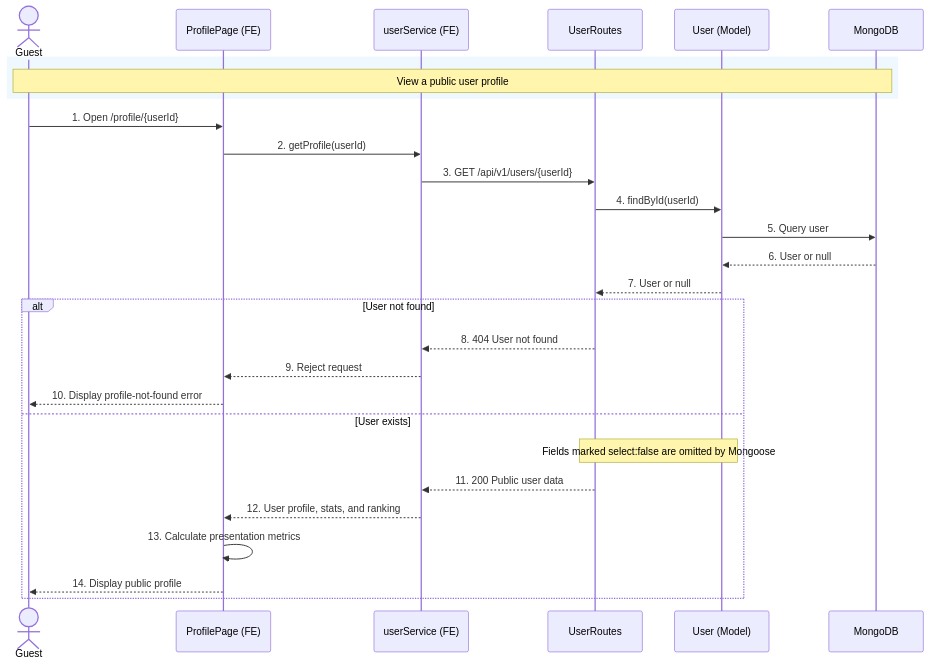
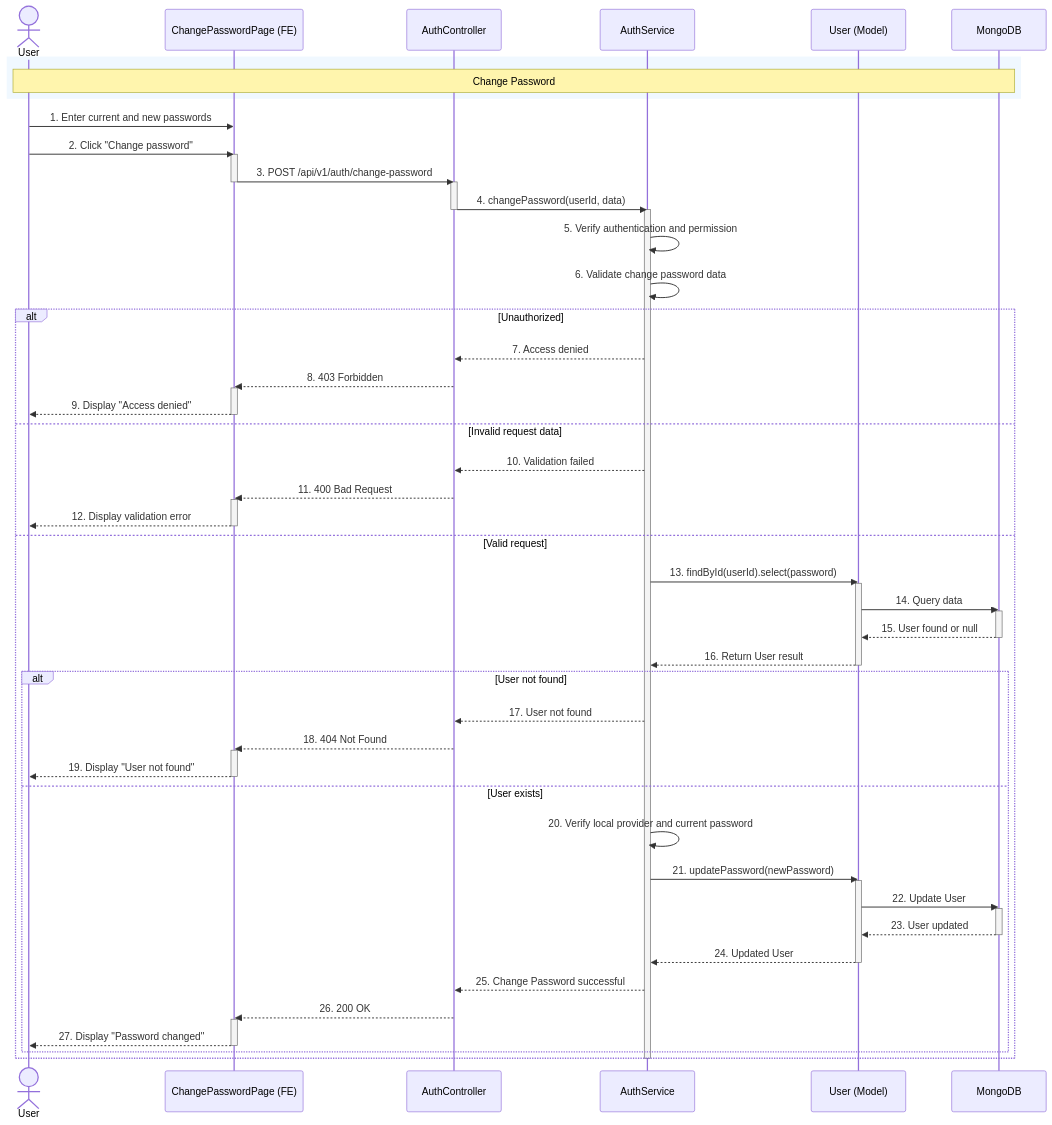
Before and after one commit to SUMMER2026SE/wdp301-rbl-project-wdp_se18d08_group-5: diagram 14 of 60 in docs/19_Detailed_Design.md, drawn with Mermaid. The commit also changed other lines of this file, not shown here.

````diff
--- a/docs/19_Detailed_Design.md
+++ b/docs/19_Detailed_Design.md
@@ -812,33 +975,79 @@
 ```mermaid
 sequenceDiagram
-    actor Guest
-    participant FE as ProfilePage (FE)
-    participant Api as userService (FE)
-    participant Route as UserRoutes
+    actor A as User
+    participant FE as ChangePasswordPage (FE)
+    participant Ctrl as AuthController
+    participant Svc as AuthService
     participant Model as User (Model)
     participant DB as MongoDB
 
     rect rgb(240,248,255)
-        Note over Guest,DB: View a public user profile
+        Note over A,DB: Change Password
     end
 
-    Guest->>FE: 1. Open /profile/{userId}
-    FE->>Api: 2. getProfile(userId)
-    Api->>Route: 3. GET /api/v1/users/{userId}
-    Route->>Model: 4. findById(userId)
-    Model->>DB: 5. Query user
-    DB-->>Model: 6. User or null
-    Model-->>Route: 7. User or null
+    A->>FE: 1. Enter current and new passwords
+    A->>FE: 2. Click "Change password"
 
-    alt User not found
-        Route-->>Api: 8. 404 User not found
-        Api-->>FE: 9. Reject request
-        FE-->>Guest: 10. Display profile-not-found error
-    else User exists
-        Note over Model,Route: Fields marked select:false are omitted by Mongoose
-        Route-->>Api: 11. 200 Public user data
-        Api-->>FE: 12. User profile, stats, and ranking
-        FE->>FE: 13. Calculate presentation metrics
-        FE-->>Guest: 14. Display public profile
+    activate FE
+    FE->>Ctrl: 3. POST /api/v1/auth/change-password
+    deactivate FE
+
+    activate Ctrl
+    Ctrl->>Svc: 4. changePassword(userId, data)
+    deactivate Ctrl
+
+    activate Svc
+    Svc->>Svc: 5. Verify authentication and permission
+    Svc->>Svc: 6. Validate change password data
+
+    alt Unauthorized
+        Svc-->>Ctrl: 7. Access denied
+        Ctrl-->>FE: 8. 403 Forbidden
+        activate FE
+        FE-->>A: 9. Display "Access denied"
+        deactivate FE
+
+    else Invalid request data
+        Svc-->>Ctrl: 10. Validation failed
+        Ctrl-->>FE: 11. 400 Bad Request
+        activate FE
+        FE-->>A: 12. Display validation error
+        deactivate FE
+
+    else Valid request
+        Svc->>Model: 13. findById(userId).select(password)
+        activate Model
+        Model->>DB: 14. Query data
+        activate DB
+        DB-->>Model: 15. User found or null
+        deactivate DB
+        Model-->>Svc: 16. Return User result
+        deactivate Model
+
+        alt User not found
+            Svc-->>Ctrl: 17. User not found
+            Ctrl-->>FE: 18. 404 Not Found
+            activate FE
+            FE-->>A: 19. Display "User not found"
+            deactivate FE
+
+        else User exists
+            Svc->>Svc: 20. Verify local provider and current password
+            Svc->>Model: 21. updatePassword(newPassword)
+            activate Model
+            Model->>DB: 22. Update User
+            activate DB
+            DB-->>Model: 23. User updated
+            deactivate DB
+            Model-->>Svc: 24. Updated User
+            deactivate Model
+            Svc-->>Ctrl: 25. Change Password successful
+            Ctrl-->>FE: 26. 200 OK
+            activate FE
+            FE-->>A: 27. Display "Password changed"
+            deactivate FE
+        end
     end
+
+    deactivate Svc
 ```
````
